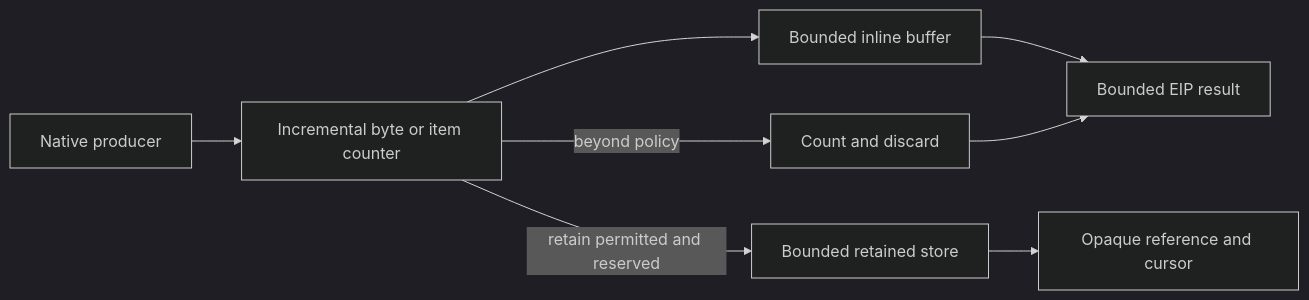
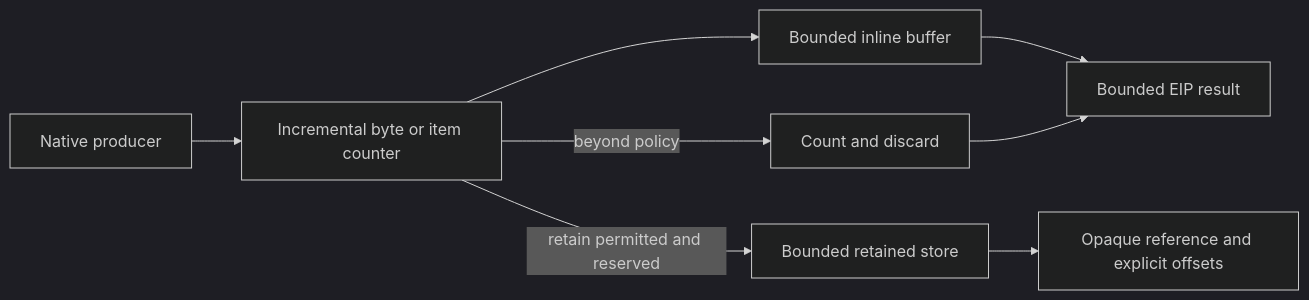
One commit to LTThreeComma/agent-foundation changed the diagram in spec/agent-envd/06-output-retention.md. Above: the diagram before and after it, drawn with Mermaid (dark theme). The commit also changed other lines of this file and 150 other files, not shown here.

````diff
--- a/spec/agent-envd/06-output-retention.md
+++ b/spec/agent-envd/06-output-retention.md
@@ -150,10 +149,10 @@
 ```mermaid
 flowchart LR
     Producer[Native producer] --> Counter[Incremental byte or item counter]
     Counter --> Inline[Bounded inline buffer]
     Counter -->|retain permitted and reserved| Store[Bounded retained store]
     Counter -->|beyond policy| Drop[Count and discard]
     Inline --> Result[Bounded EIP result]
-    Store --> Reference[Opaque reference and cursor]
+    Store --> Reference[Opaque reference and explicit offsets]
     Drop --> Result
 ```
````
